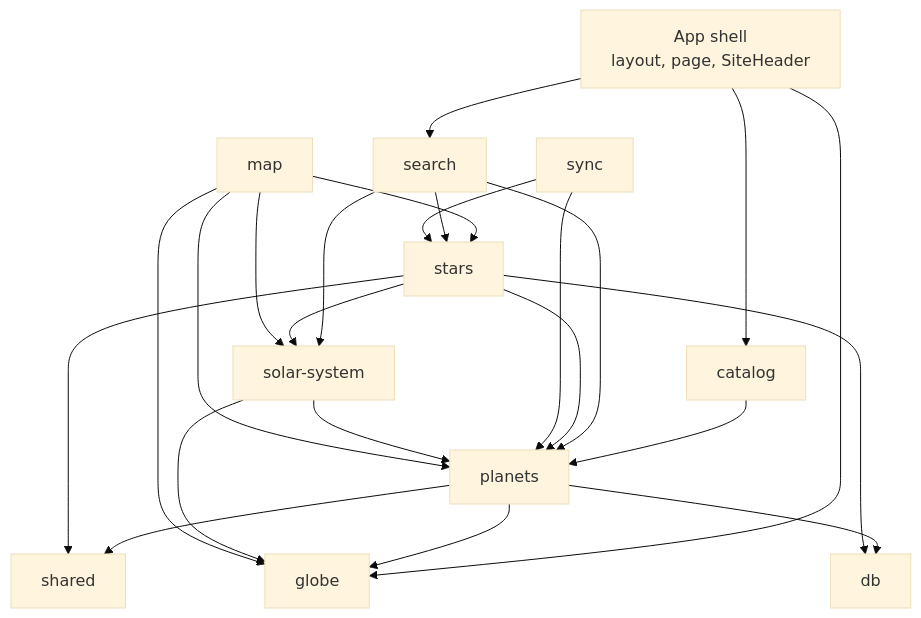
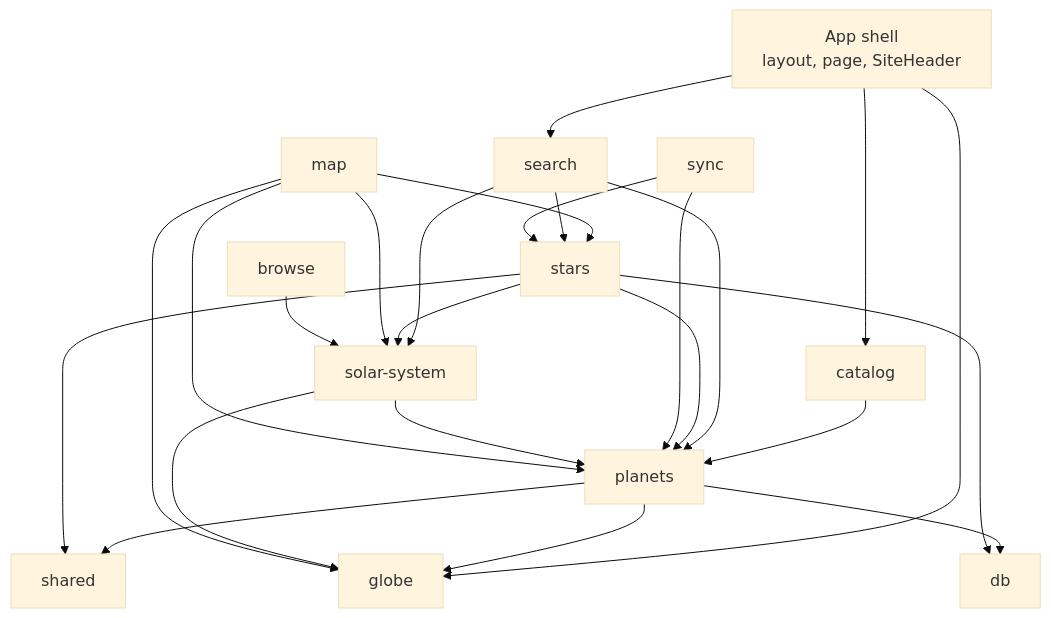
The fifth of 13 diagrams in docs/ARCHITECTURE.md (tomdevtech/ExoFinder), drawn with Mermaid (base theme) before and after one commit. The commit also changed other lines of this file and 55 other files, not shown here.

````diff
--- a/docs/ARCHITECTURE.md
+++ b/docs/ARCHITECTURE.md
@@ -252,37 +261,39 @@
 ```mermaid
 flowchart TD
     Shell[App shell<br>layout, page, SiteHeader]
     Catalog[catalog]
     Search[search]
     Stars[stars]
     Planets[planets]
     Sync[sync]
     Sol[solar-system]
     Map[map]
+    Browse[browse]
     Globe[globe]
     Shared[shared]
     DB[db]
 
     Shell --> Catalog
     Shell --> Search
     Shell --> Globe
     Planets --> Globe
     Sol --> Globe
     Map --> Globe
     Map --> Stars
     Catalog --> Planets
     Search --> Planets
     Search --> Stars
     Stars --> Planets
     Sync --> Planets
     Sync --> Stars
     Sol --> Planets
     Search --> Sol
     Stars --> Sol
     Map --> Sol
     Map --> Planets
+    Browse --> Sol
     Planets --> Shared
     Planets --> DB
     Stars --> Shared
     Stars --> DB
 ```
````
